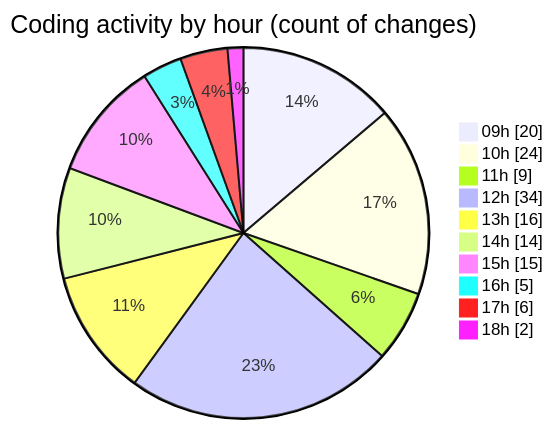
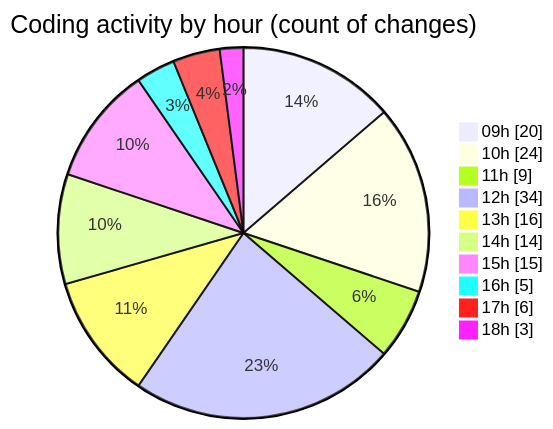
Before and after one commit to momahboobian/code-tracking: the second of 2 diagrams in 2025-05-19/cda/README.md, drawn with Mermaid. The commit also changed other lines of this file and 1 other file, not shown here.

````diff
--- a/2025-05-19/cda/README.md
+++ b/2025-05-19/cda/README.md
@@ -58,14 +58,14 @@
 ```mermaid
 pie showData
 title Coding activity by hour (count of changes)
 "09h" : 20
 "10h" : 24
 "11h" : 9
 "12h" : 34
 "13h" : 16
 "14h" : 14
 "15h" : 15
 "16h" : 5
 "17h" : 6
-"18h" : 2
+"18h" : 3
 ```
````
